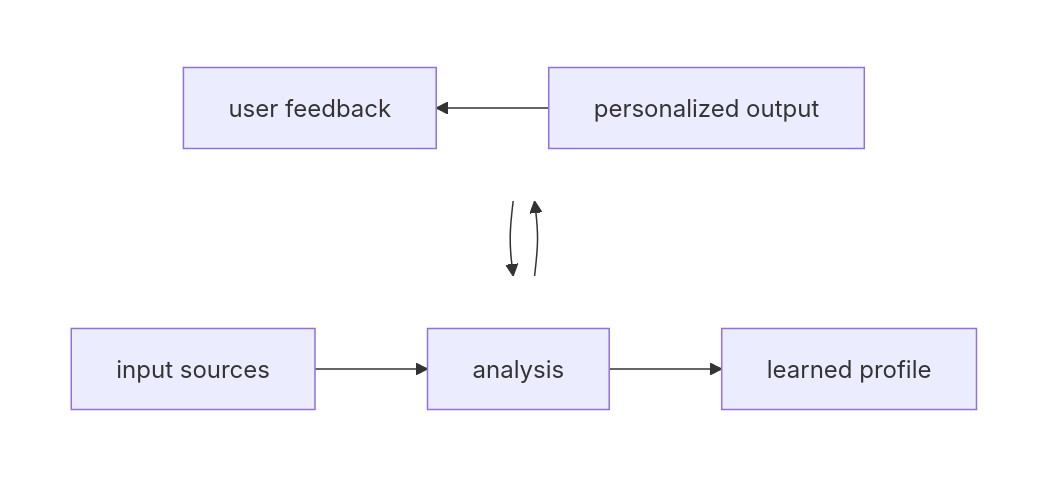
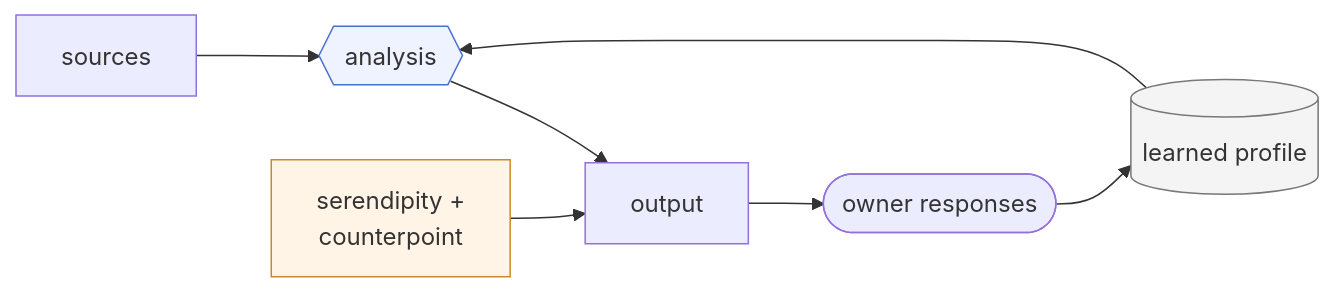
Before and after one commit to robertvanstedum/personal-ai-agents: the first of 13 diagrams in ARCHITECTURE.md, drawn with Mermaid. The commit also changed other lines of this file and 9 other files, not shown here.

First line of the commit message:
Key docs for mini-moi 1.2 beta: README, ARCHITECTURE and a terms appendix

````diff
--- a/ARCHITECTURE.md
+++ b/ARCHITECTURE.md
@@ -204,18 +418,13 @@
 ```mermaid
-flowchart TB
-    subgraph TOP[" "]
-        direction LR
-        A[input sources] --> B[analysis] --> C[learned profile]
-    end
-
-    subgraph BOTTOM[" "]
-        direction RL
-        D[personalized output] --> E[user feedback]
-    end
-
-    C --> D
+flowchart LR
+    A[sources] --> B{{analysis}} --> D[output] --> E([owner responses])
+    C[(learned profile)] --> B
     E --> C
-
-    style TOP fill:transparent,stroke:transparent
-    style BOTTOM fill:transparent,stroke:transparent
+    S[serendipity +<br/>counterpoint] --> D
+    class B ai
+    class C store
+    class S wide
+    classDef ai fill:#eef3ff,stroke:#4a6fd1
+    classDef store fill:#f4f4f4,stroke:#777
+    classDef wide fill:#fff4e5,stroke:#c98a2b
 ```
````
